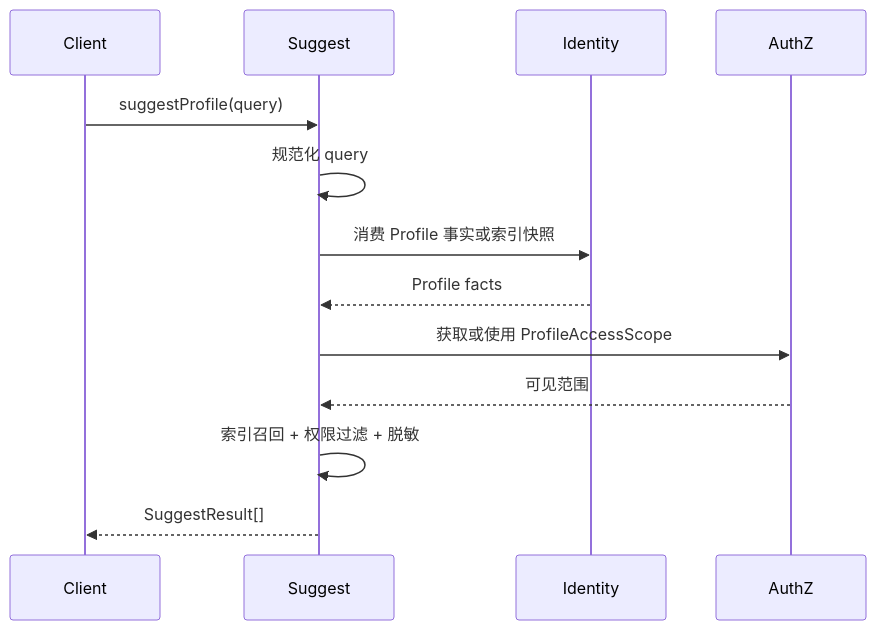
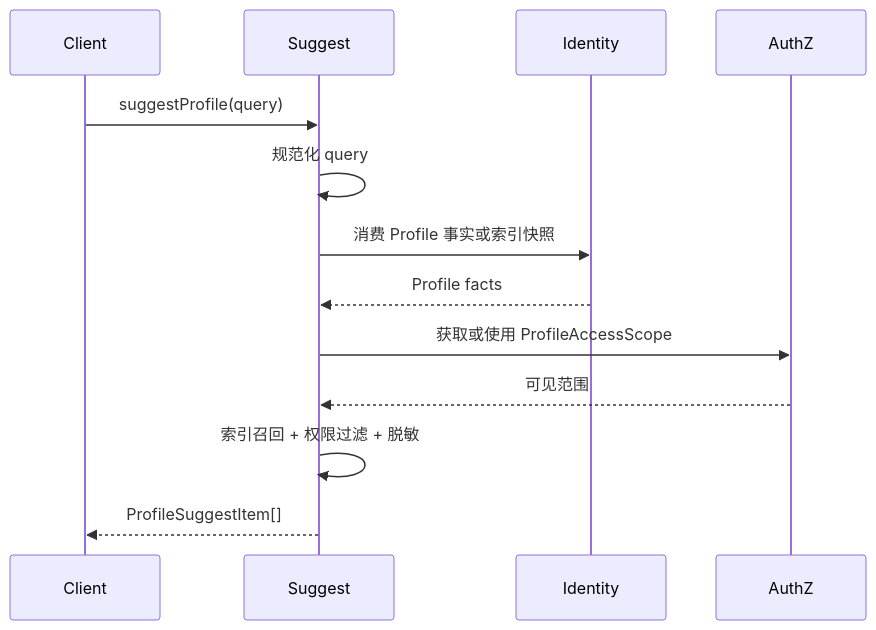
Before and after one commit to FangcunMount/iam: the fourth of 4 diagrams in docs/00-概览/02-模块划分与协作关系.md, drawn with Mermaid. The commit also changed other lines of this file and 45 other files, not shown here.

````diff
--- a/docs/00-概览/02-模块划分与协作关系.md
+++ b/docs/00-概览/02-模块划分与协作关系.md
@@ -461,16 +461,16 @@
 ```mermaid
 sequenceDiagram
     participant Client as Client
     participant Suggest as Suggest
     participant Identity as Identity
     participant AuthZ as AuthZ
 
     Client->>Suggest: suggestProfile(query)
     Suggest->>Suggest: 规范化 query
     Suggest->>Identity: 消费 Profile 事实或索引快照
     Identity-->>Suggest: Profile facts
     Suggest->>AuthZ: 获取或使用 ProfileAccessScope
     AuthZ-->>Suggest: 可见范围
     Suggest->>Suggest: 索引召回 + 权限过滤 + 脱敏
-    Suggest-->>Client: SuggestResult[]
+    Suggest-->>Client: ProfileSuggestItem[]
 ```
````
